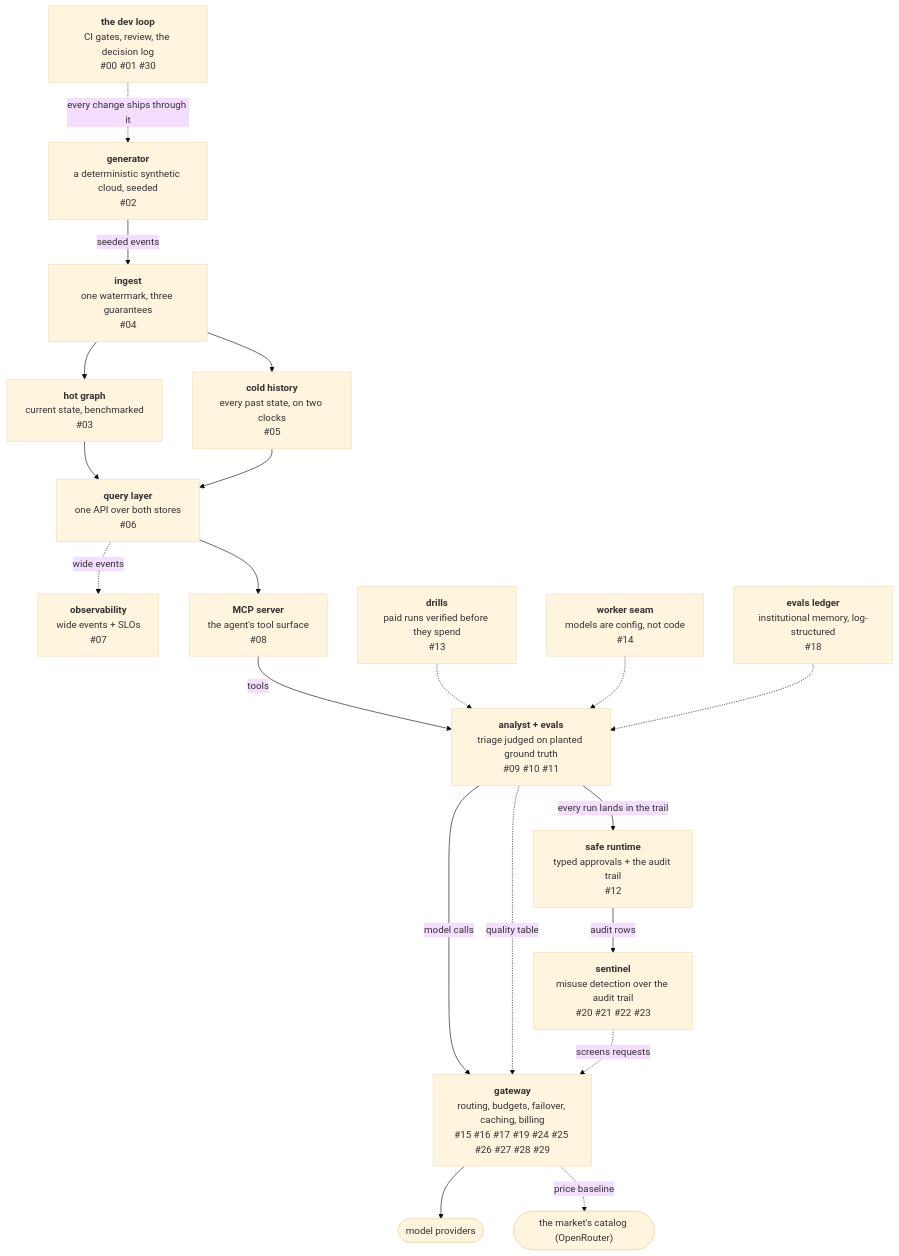
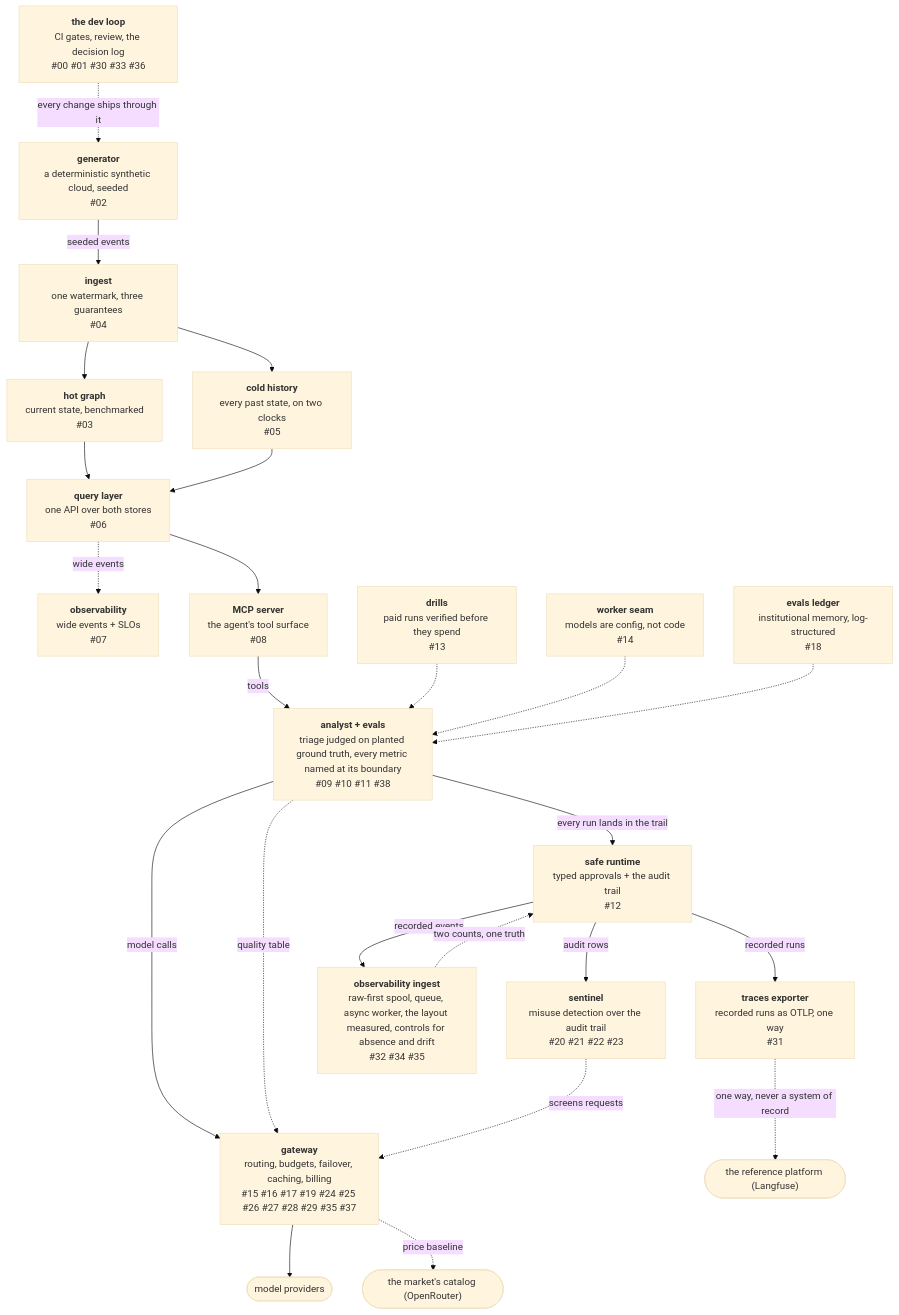
Before and after one commit to fespino/resgraph: the diagram in docs/index.md, drawn with Mermaid (base theme). The commit also changed 9 other files, not shown here.

````diff
--- a/docs/index.md
+++ b/docs/index.md
@@ -21,40 +21,47 @@
 ```mermaid
 flowchart TD
-    loop["<b>the dev loop</b><br/>CI gates, review, the decision log<br/>#00 #01 #30"]
+    loop["<b>the dev loop</b><br/>CI gates, review, the decision log<br/>#00 #01 #30 #33 #36"]
     gen["<b>generator</b><br/>a deterministic synthetic cloud, seeded<br/>#02"]
     hot["<b>hot graph</b><br/>current state, benchmarked<br/>#03"]
     ing["<b>ingest</b><br/>one watermark, three guarantees<br/>#04"]
     cold["<b>cold history</b><br/>every past state, on two clocks<br/>#05"]
     query["<b>query layer</b><br/>one API over both stores<br/>#06"]
     obs["<b>observability</b><br/>wide events + SLOs<br/>#07"]
     mcp["<b>MCP server</b><br/>the agent's tool surface<br/>#08"]
-    evals["<b>analyst + evals</b><br/>triage judged on planted ground truth<br/>#09 #10 #11"]
+    evals["<b>analyst + evals</b><br/>triage judged on planted ground truth, every metric named at its boundary<br/>#09 #10 #11 #38"]
     runtime["<b>safe runtime</b><br/>typed approvals + the audit trail<br/>#12"]
     drills["<b>drills</b><br/>paid runs verified before they spend<br/>#13"]
     seam["<b>worker seam</b><br/>models are config, not code<br/>#14"]
-    gw["<b>gateway</b><br/>routing, budgets, failover, caching, billing<br/>#15 #16 #17 #19 #24 #25 #26 #27 #28 #29"]
+    gw["<b>gateway</b><br/>routing, budgets, failover, caching, billing<br/>#15 #16 #17 #19 #24 #25 #26 #27 #28 #29 #35 #37"]
     providers(["model providers"])
     market(["the market's catalog (OpenRouter)"])
     ledger["<b>evals ledger</b><br/>institutional memory, log-structured<br/>#18"]
     sent["<b>sentinel</b><br/>misuse detection over the audit trail<br/>#20 #21 #22 #23"]
+    lfx["<b>traces exporter</b><br/>recorded runs as OTLP, one way<br/>#31"]
+    lf(["the reference platform (Langfuse)"])
+    obsing["<b>observability ingest</b><br/>raw-first spool, queue, async worker, the layout measured, controls for absence and drift<br/>#32 #34 #35"]
 
     loop -.->|every change ships through it| gen
     gen -->|seeded events| ing
     ing --> hot
     ing --> cold
     hot --> query
     cold --> query
     query -.->|wide events| obs
     query --> mcp
     mcp -->|tools| evals
     evals -->|every run lands in the trail| runtime
     drills -.-> evals
     seam -.-> evals
     evals -->|model calls| gw
     evals -.->|quality table| gw
     sent -.->|screens requests| gw
     gw --> providers
     gw -.->|price baseline| market
     ledger -.-> evals
     runtime -->|audit rows| sent
+    runtime -->|recorded runs| lfx
+    lfx -.->|one way, never a system of record| lf
+    runtime -->|recorded events| obsing
+    obsing -.->|two counts, one truth| runtime
 ```
````
